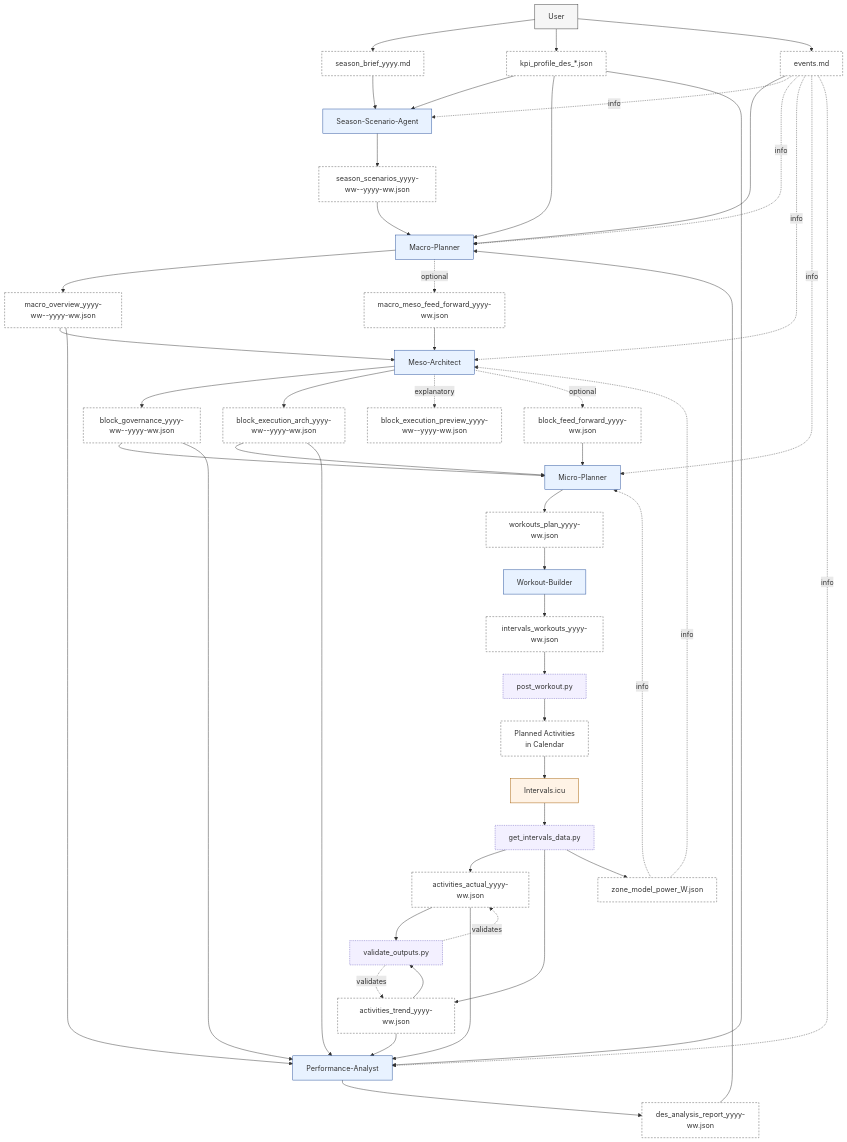
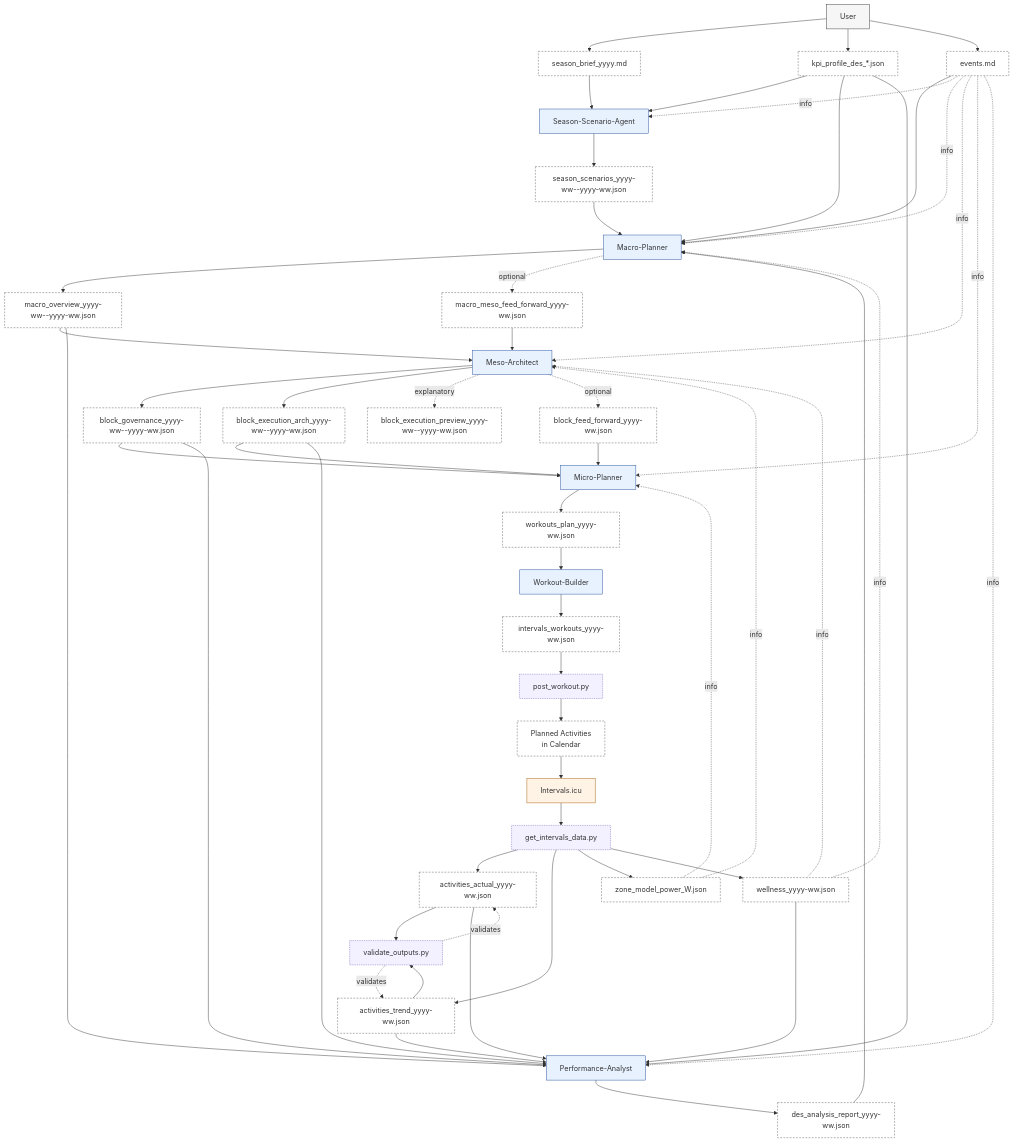
One commit to albauer-priv/RPS changed the first of 8 diagrams in doc/artefact_flow_overview_and_detail.md. Above: the diagram before and after it, drawn with Mermaid. The commit also changed other lines of this file and 26 other files, not shown here.

Commit message:
Add wellness artifact pipeline and schema

```diff
--- a/doc/artefact_flow_overview_and_detail.md
+++ b/doc/artefact_flow_overview_and_detail.md
@@ -41,6 +41,7 @@
   CAL[Planned Activities<br/>in Calendar]:::artefact
   AA[activities_actual_yyyy-ww.json]:::artefact
   AT[activities_trend_yyyy-ww.json]:::artefact
+  WL[wellness_yyyy-ww.json]:::artefact
   DR[des_analysis_report_yyyy-ww.json]:::artefact
 
   %% Planning chain
@@ -71,6 +72,7 @@
   EXP --> AA
   EXP --> AT
   EXP --> ZM
+  EXP --> WL
   AA --> VAL
   AT --> VAL
   VAL -. validates .-> AA
@@ -80,6 +82,9 @@
   MO --> PA
   AA --> PA
   AT --> PA
+  WL --> PA
+  WL -. info .-> MA
+  WL -. info .-> ME
   PA --> DR --> MA
 
   %% Events can be used by multiple agents (informational)
```
